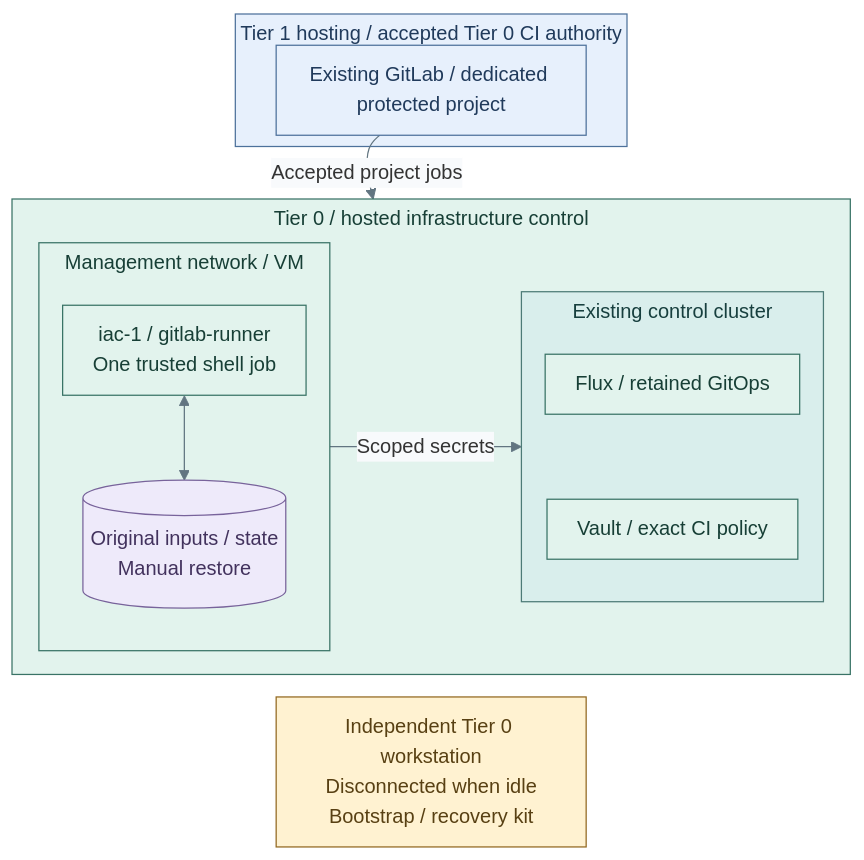
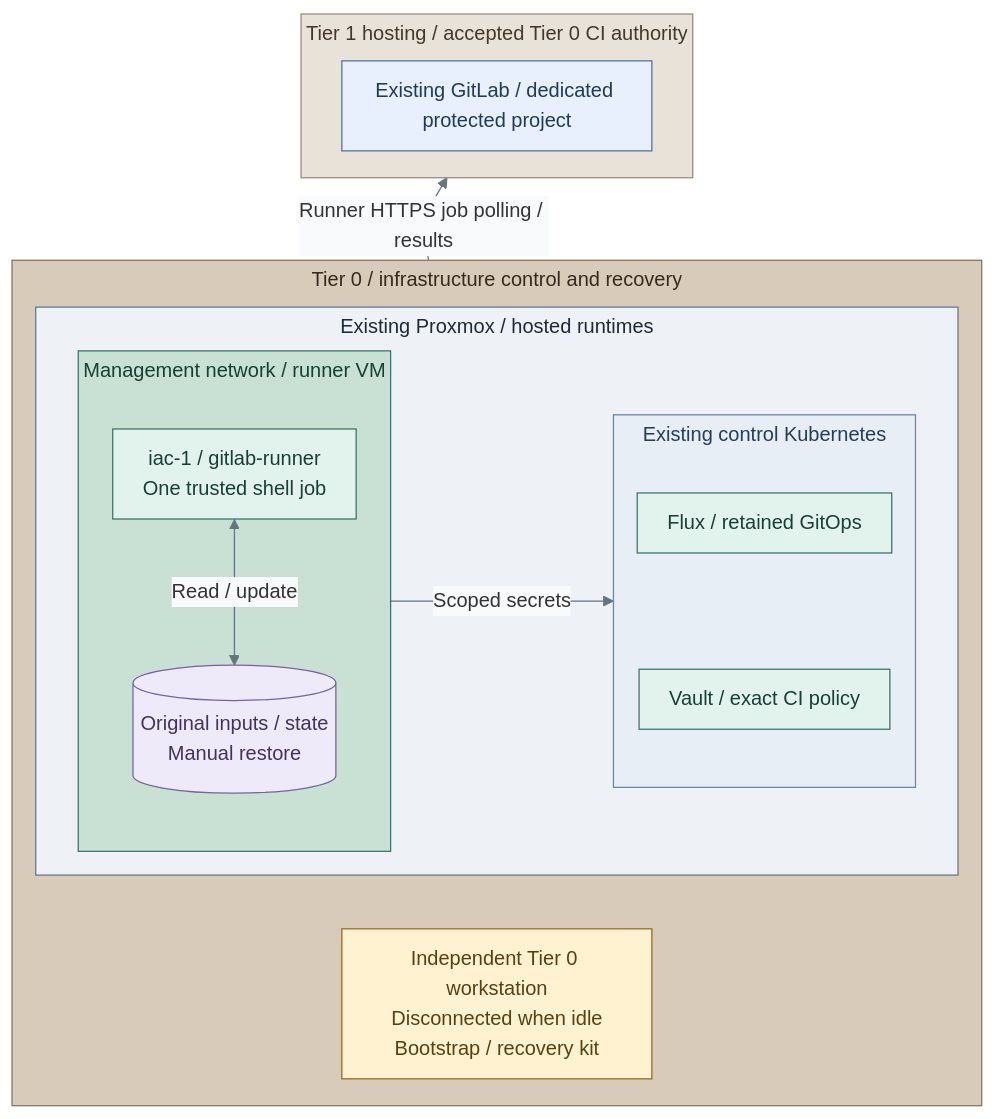
Before and after one commit to Rexus/homelab: the third of 3 diagrams in docs/03-deployment/stage-9-development/README.md, drawn with Mermaid. The commit also changed other lines of this file and 108 other files, not shown here.

Commit message:
docs(diagrams): unify visual language and opening views

````diff
--- a/docs/03-deployment/stage-9-development/README.md
+++ b/docs/03-deployment/stage-9-development/README.md
@@ -528,37 +539,49 @@
 ```mermaid
 %%{init: {"theme":"base","flowchart":{"nodeSpacing":18,"rankSpacing":18,"padding":12,"subGraphTitleMargin":{"top":4,"bottom":12}},"themeVariables":{"lineColor":"#627581","edgeLabelBackground":"#f8fafc"}}}%%
-flowchart TB
+flowchart BT
   subgraph T1["Tier 1 hosting / accepted Tier 0 CI authority"]
     Git["Existing GitLab / dedicated protected project"]
   end
-  subgraph T0["Tier 0 / hosted infrastructure control"]
-    direction LR
-    subgraph Execution["Management network / VM"]
-      direction TB
-      Runner["iac-1 / gitlab-runner<br/>One trusted shell job"]
-      State[("Original inputs / state<br/>Manual restore")]
-      Runner <--> State
+  subgraph T0["Tier 0 / infrastructure control and recovery"]
+    direction TB
+    subgraph Hosted["Existing Proxmox / hosted runtimes"]
+      direction LR
+      subgraph Execution["Management network / runner VM"]
+        direction TB
+        Runner["iac-1 / gitlab-runner<br/>One trusted shell job"]
+        State[("Original inputs / state<br/>Manual restore")]
+        Runner <-->|Read / update| State
+      end
+      subgraph Services["Existing control Kubernetes"]
+        direction TB
+        Flux["Flux / retained GitOps"]
+        Vault["Vault / exact CI policy"]
+        Flux ~~~ Vault
+      end
+      Execution -->|Scoped secrets| Services
     end
-    subgraph Services["Existing control cluster"]
-      direction TB
-      Flux["Flux / retained GitOps"]
-      Vault["Vault / exact CI policy"]
-      Flux ~~~ Vault
-    end
-    Execution -->|Scoped secrets| Services
+    Recovery["Independent Tier 0 workstation<br/>Disconnected when idle<br/>Bootstrap / recovery kit"]
+    Hosted ~~~ Recovery
   end
-  Recovery["Independent Tier 0 workstation<br/>Disconnected when idle<br/>Bootstrap / recovery kit"]
-  Git -->|Accepted project jobs| T0
-  T1 ~~~ T0 ~~~ Recovery
+  T0 -->|Runner HTTPS job polling / results| T1
+  T0 ~~~ T1
   classDef default fill:#f8fafc,stroke:#64748b,color:#1f2937
   classDef services fill:#e7f0fc,stroke:#4d719b,color:#203a5b
   classDef control fill:#e2f3ed,stroke:#397366,color:#173f36
   classDef data fill:#eeeafa,stroke:#78639b,color:#42325d
   classDef custody fill:#fff2d1,stroke:#926820,color:#584013
-  classDef runtime fill:#d9eeec,stroke:#4d7b77,color:#173f3e
-  class T1,Git services
-  class T0,Execution,Runner,Flux,Vault control
-  class Services runtime
+  classDef boundary fill:#eef2f6,stroke:#64748b,color:#1f2937
+  classDef kubernetes fill:#e8eef6,stroke:#6b83a3,color:#263d59
+  class Git services
+  class Runner,Flux,Vault control
   class State data
   class Recovery custody
+  class Hosted boundary
+  class Services kubernetes
+  classDef tier0 fill:#d8cbb9,stroke:#83715a,color:#352a1e
+  class T0 tier0
+  classDef tier1 fill:#e9e2d8,stroke:#968976,color:#44382a
+  class T1 tier1
+  classDef zoneControl fill:#c9e0d5,stroke:#397366,color:#173f36
+  class Execution zoneControl
 ```
````
